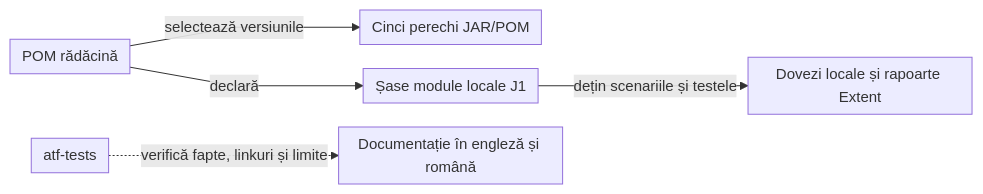
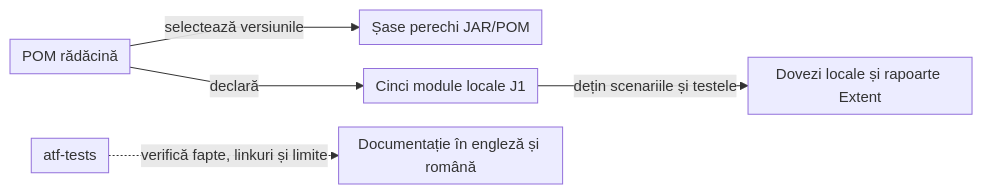
One commit to crististefanita/atf_j1 changed the diagram in docs/README.md. Above: the diagram before and after it, drawn with Mermaid. The commit also changed other lines of this file and 58 other files, not shown here.

```diff
--- a/docs/README.md
+++ b/docs/README.md
@@ -17,8 +17,8 @@
 ~~~mermaid
 %%{init: {"themeVariables":{"fontSize":"15px"},"themeCSS":".edgeLabel, .edgeLabel p { font-size: 12px !important; } .node rect { rx: 6px; ry: 6px; }","flowchart":{"curve":"linear","nodeSpacing":24,"rankSpacing":22,"padding":6},"sequence":{"mirrorActors":false,"messageMargin":24,"wrap":true}}}%%
 flowchart LR
-  POM[POM rădăcină] -->|selectează versiunile| Libraries[Cinci perechi JAR/POM]
-  POM -->|declară| Modules[Șase module locale J1]
+  POM[POM rădăcină] -->|selectează versiunile| Libraries[Șase perechi JAR/POM]
+  POM -->|declară| Modules[Cinci module locale J1]
   Modules -->|dețin scenariile și testele| Evidence[Dovezi locale și rapoarte Extent]
   Governance[atf-tests] -.->|verifică fapte, linkuri și limite| Docs[Documentație în engleză și română]
 ~~~
```
